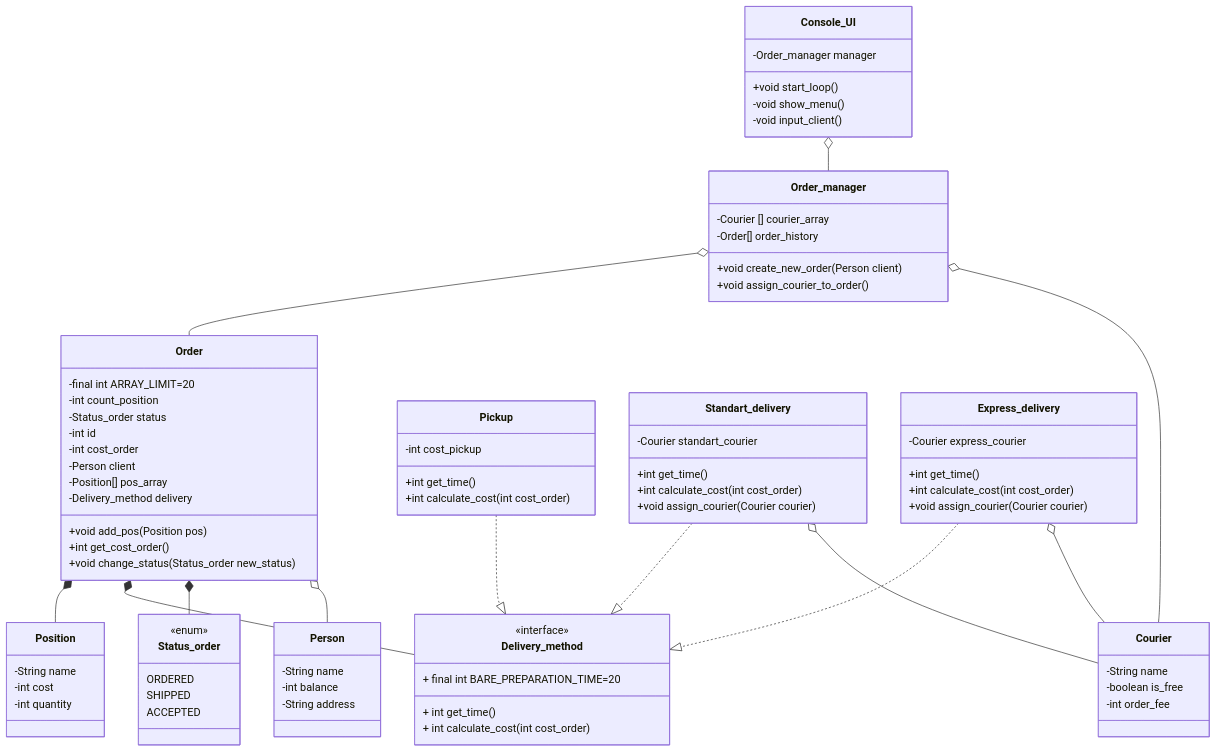
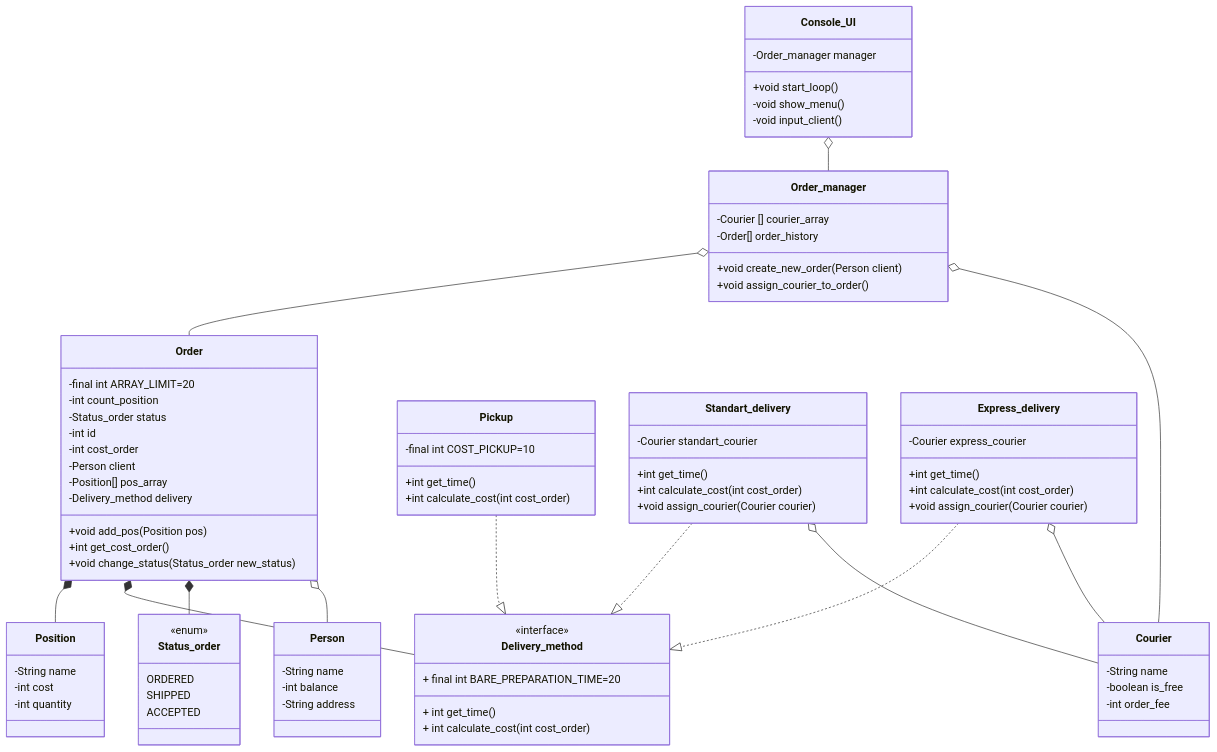
Before and after one commit to kirillkushaev2007-boop/Labaratory1: the diagram in README.md, drawn with Mermaid.

```diff
--- a/README.md
+++ b/README.md
@@ -52,7 +52,7 @@
    }
    %% Самовывоз (Pickup)
    class Pickup{
-      -int cost_pickup
+      -final int COST_PICKUP=10
       +int get_time()
       +int calculate_cost (int cost_order)
    }
```
